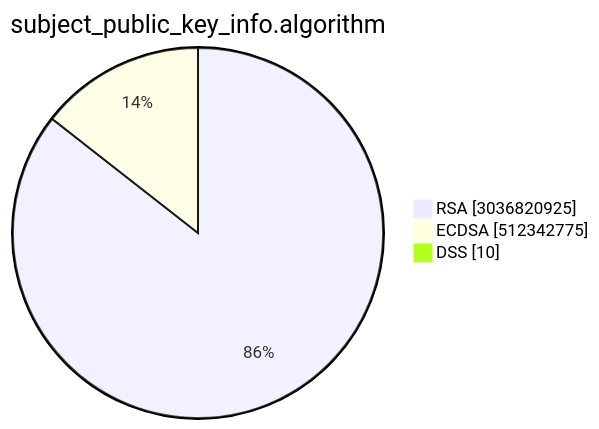
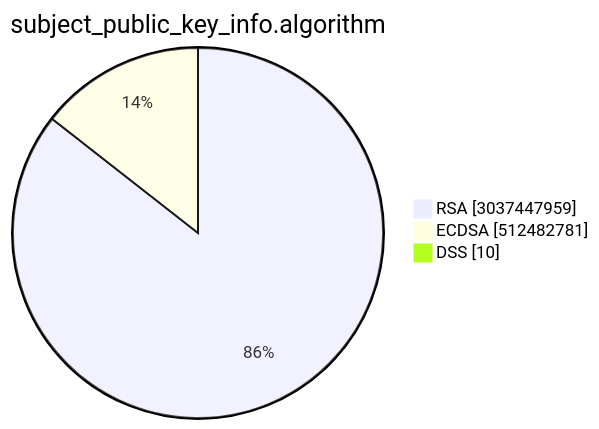
The second of 15 diagrams in TOTAL/README.md (christiankrug/ctmonitor_visualization), drawn with Mermaid before and after one commit. The commit also changed other lines of this file, not shown here.

````diff
--- a/TOTAL/README.md
+++ b/TOTAL/README.md
@@ -6,7 +6,7 @@
 ```mermaid
 pie showData
 title subject_public_key_info.algorithm
-"RSA" :3036820925
-"ECDSA" :512342775
+"RSA" :3037447959
+"ECDSA" :512482781
 "DSS" :10
 ```
````
